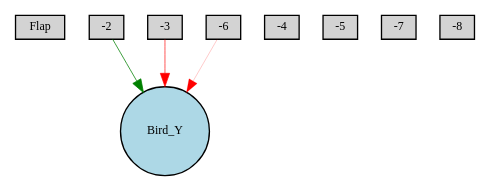
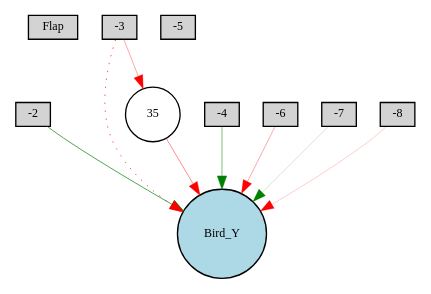
One commit to dani0621/Project02_PygAIme changed the diagram in Digraph.gv. Above: the diagram before and after it, drawn with Graphviz. The commit also changed 9 other files, not shown here.

```diff
--- a/Digraph.gv
+++ b/Digraph.gv
@@ -1,15 +1,21 @@
 digraph {
 	node [fontsize=9 height=0.2 shape=circle width=0.2]
 	Flap [fillcolor=lightgray shape=box style=filled]
 	-2 [fillcolor=lightgray shape=box style=filled]
 	-3 [fillcolor=lightgray shape=box style=filled]
 	-4 [fillcolor=lightgray shape=box style=filled]
 	-5 [fillcolor=lightgray shape=box style=filled]
 	-6 [fillcolor=lightgray shape=box style=filled]
 	-7 [fillcolor=lightgray shape=box style=filled]
 	-8 [fillcolor=lightgray shape=box style=filled]
 	Bird_Y [fillcolor=lightblue style=filled]
-	-2 -> Bird_Y [color=green penwidth=0.5675685555623897 style=solid]
-	-6 -> Bird_Y [color=red penwidth=0.16318206168579613 style=solid]
-	-3 -> Bird_Y [color=red penwidth=0.4973440920862332 style=solid]
+	35 [fillcolor=white style=filled]
+	-3 -> Bird_Y [color=red penwidth=0.5252852490263756 style=dotted]
+	-4 -> Bird_Y [color=green penwidth=0.39242164035065596 style=solid]
+	-6 -> Bird_Y [color=red penwidth=0.26227885661144357 style=solid]
+	-7 -> Bird_Y [color=green penwidth=0.13565790065724237 style=solid]
+	-8 -> Bird_Y [color=red penwidth=0.14583066581601156 style=solid]
+	-2 -> Bird_Y [color=green penwidth=0.5243680036169671 style=solid]
+	-3 -> 35 [color=red penwidth=0.27088756798242747 style=solid]
+	35 -> Bird_Y [color=red penwidth=0.3435916174397907 style=solid]
 }
```
